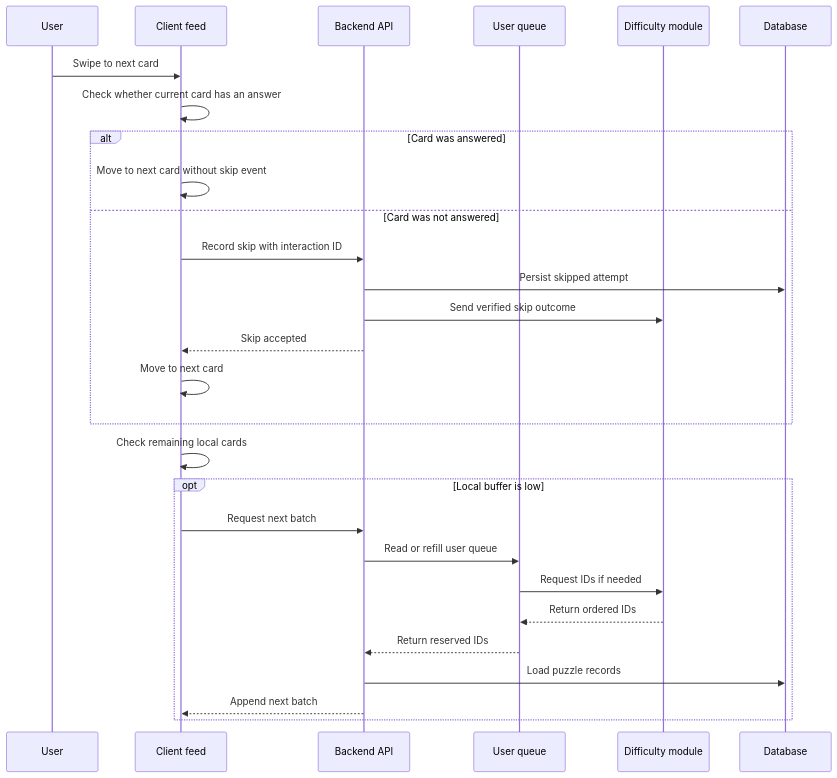
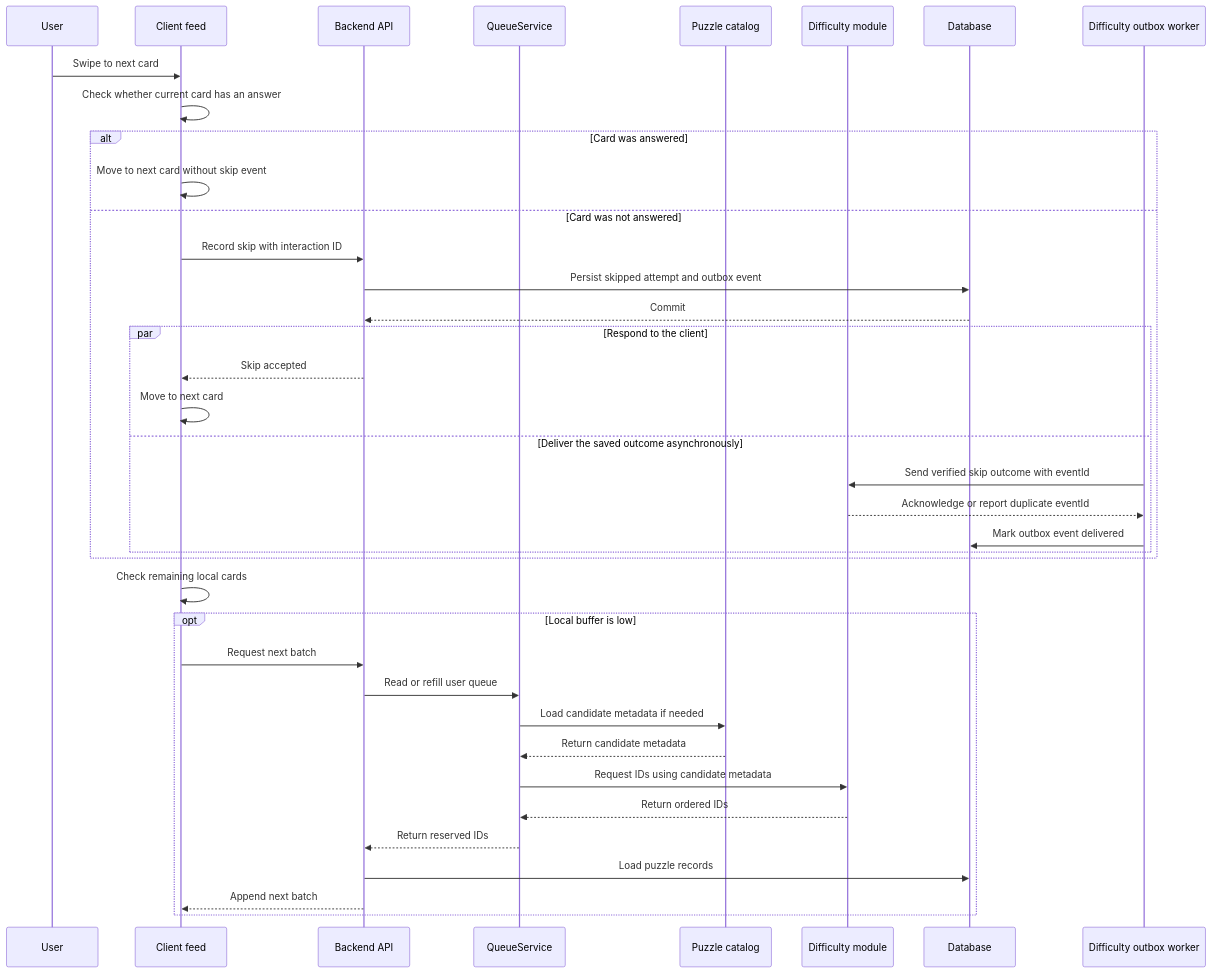
The third of 5 diagrams in technical-stack-and-implementation.md (yassine0010/pikpok), drawn with Mermaid before and after one commit. The commit also changed other lines of this file and 8 other files, not shown here.

Commit message:
docs: reorganize project documentation and update technical implementation and architecture specifications

```diff
--- a/technical-stack-and-implementation.md
+++ b/technical-stack-and-implementation.md
@@ -392,33 +395,43 @@
 ~~~mermaid
 sequenceDiagram
     participant U as User
     participant C as Client feed
     participant A as Backend API
-    participant Q as User queue
+    participant Q as QueueService
+    participant P as Puzzle catalog
     participant G as Difficulty module
     participant D as Database
+    participant O as Difficulty outbox worker
 
     U->>C: Swipe to next card
     C->>C: Check whether current card has an answer
 
     alt Card was answered
         C->>C: Move to next card without skip event
     else Card was not answered
         C->>A: Record skip with interaction ID
-        A->>D: Persist skipped attempt
-        A->>G: Send verified skip outcome
-        A-->>C: Skip accepted
-        C->>C: Move to next card
+        A->>D: Persist skipped attempt and outbox event
+        D-->>A: Commit
+        par Respond to the client
+            A-->>C: Skip accepted
+            C->>C: Move to next card
+        and Deliver the saved outcome asynchronously
+            O->>G: Send verified skip outcome with eventId
+            G-->>O: Acknowledge or report duplicate eventId
+            O->>D: Mark outbox event delivered
+        end
     end
 
     C->>C: Check remaining local cards
     opt Local buffer is low
         C->>A: Request next batch
         A->>Q: Read or refill user queue
-        Q->>G: Request IDs if needed
+        Q->>P: Load candidate metadata if needed
+        P-->>Q: Return candidate metadata
+        Q->>G: Request IDs using candidate metadata
         G-->>Q: Return ordered IDs
         Q-->>A: Return reserved IDs
         A->>D: Load puzzle records
         A-->>C: Append next batch
     end
 ~~~
```
